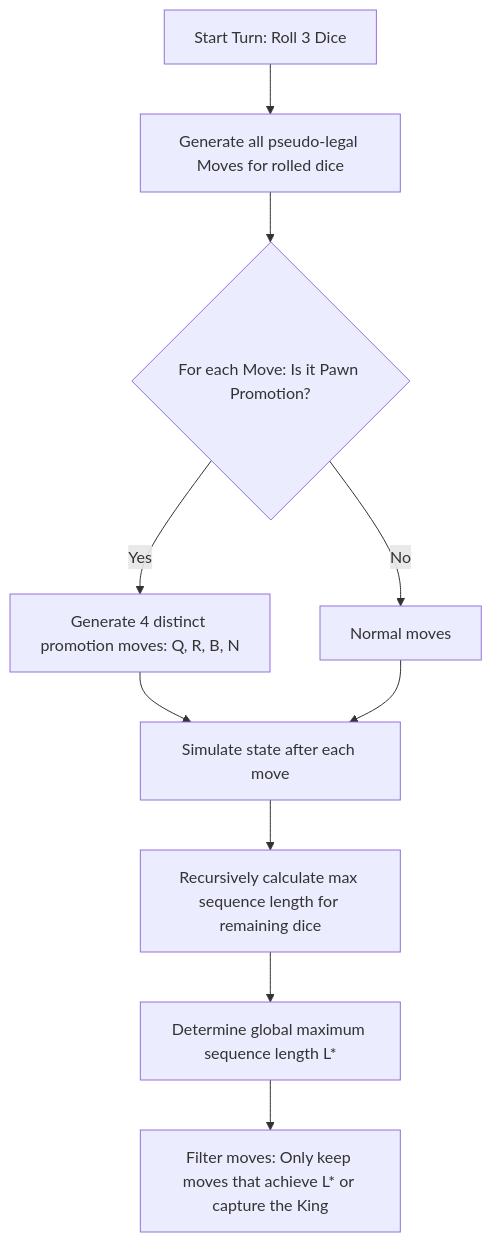
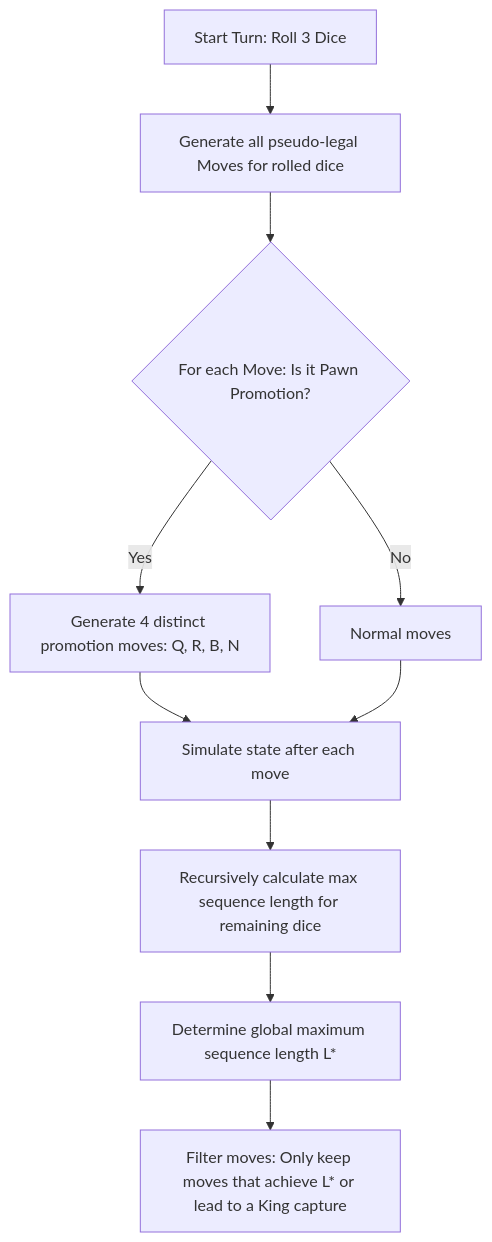
One commit to fortemate/dicechess-engine changed the first of 2 diagrams in docs/src/content/docs/architecture/move-generation/05-maximum-micromoves.md. Above: the diagram before and after it, drawn with Mermaid. The commit also changed other lines of this file, not shown here.

Commit message:
docs(movegen): refine Mermaid diagram and pseudocode in 05-maximum-micromoves.md

````diff
--- a/docs/src/content/docs/architecture/move-generation/05-maximum-micromoves.md
+++ b/docs/src/content/docs/architecture/move-generation/05-maximum-micromoves.md
@@ -18,12 +18,12 @@
 ```mermaid
 graph TD
     A[Start Turn: Roll 3 Dice] --> B[Generate all pseudo-legal Moves for rolled dice]
     B --> C{For each Move: Is it Pawn Promotion?}
     C -- Yes --> D[Generate 4 distinct promotion moves: Q, R, B, N]
     C -- No --> E[Normal moves]
     D --> F[Simulate state after each move]
     E --> F
     F --> G[Recursively calculate max sequence length for remaining dice]
     G --> H[Determine global maximum sequence length L*]
-    H --> I[Filter moves: Only keep moves that achieve L* or capture the King]
+    H --> I[Filter moves: Only keep moves that achieve L* or lead to a King capture]
 ```
````
